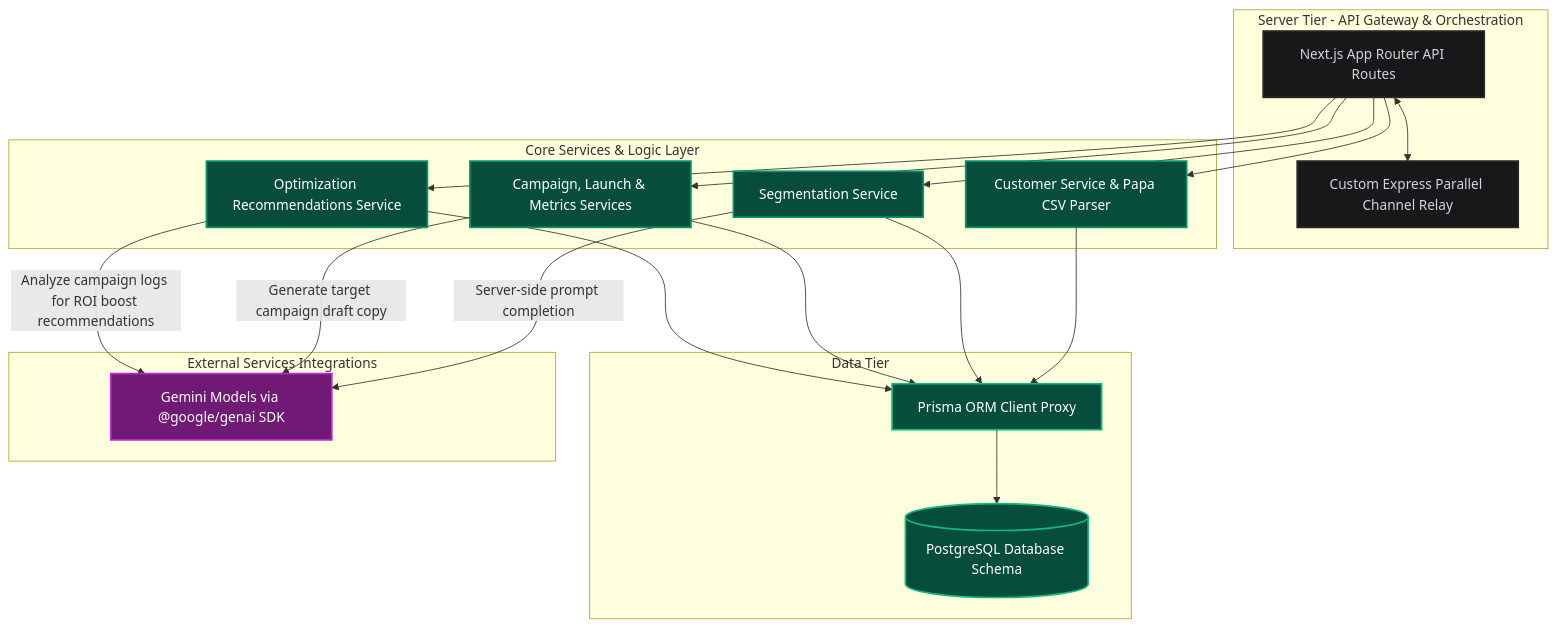
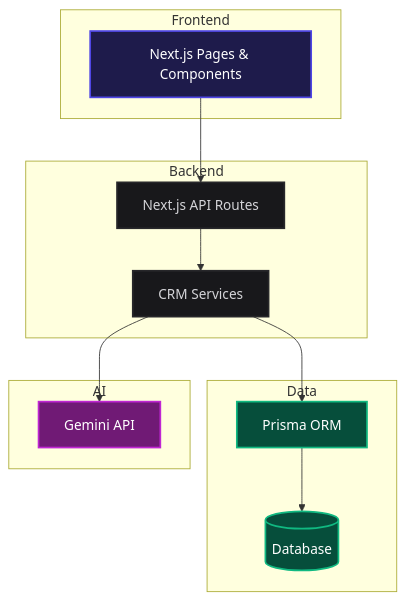
The second of 4 diagrams in README.md (CodeBy-Raj/Mini-crm), drawn with Mermaid before and after one commit. The commit also changed other lines of this file, not shown here.

First line of the commit message:
Revise README for AI-Native Mini CRM

````diff
--- a/README.md
+++ b/README.md
@@ -129,55 +102,36 @@
 ```mermaid
 graph TD
-    %% 
-    classDef client fill:#1e1b4b,stroke:#4f46e5,stroke-width:2px,color:#fff;
-    classDef server fill:#18181b,stroke:#27272a,stroke-width:2px,color:#d4d4d8;
-    classDef service fill:#064e3b,stroke:#059669,stroke-width:2px,color:#fff;
+
+    classDef frontend fill:#1e1b4b,stroke:#4f46e5,stroke-width:2px,color:#fff;
+    classDef backend fill:#18181b,stroke:#27272a,stroke-width:2px,color:#d4d4d8;
     classDef database fill:#064e3b,stroke:#10b981,stroke-width:2px,color:#fff;
-    classDef external fill:#701a75,stroke:#c026d3,stroke-width:2px,color:#fff;
+    classDef ai fill:#701a75,stroke:#c026d3,stroke-width:2px,color:#fff;
 
+    subgraph Frontend
+        UI[Next.js Pages & Components]
+    end
+    class UI frontend;
 
-    class UI,Context,ThemeSwitch client;
+    subgraph Backend
+        API[Next.js API Routes]
+        Services[CRM Services]
+    end
+    class API,Services backend;
 
-    subgraph Server_Tier [Server Tier - API Gateway & Orchestration]
-        NextServer[Next.js App Router API Routes]
-        ExpressRelay[Custom Express Parallel Channel Relay]
-        NextServer <--> ExpressRelay
+    subgraph Data
+        Prisma[Prisma ORM]
+        DB[(Database)]
     end
-    class NextServer,ExpressRelay server;
+    class Prisma,DB database;
 
-    subgraph Services_Layer [Core Services & Logic Layer]
-        CustServ[Customer Service & Papa CSV Parser]
-        SegServ[Segmentation Service]
-        CampServ[Campaign, Launch & Metrics Services]
-        OptServ[Optimization Recommendations Service]
+    subgraph AI
+        Gemini[Gemini API]
     end
-    class CustServ,SegServ,CampServ,OptServ service;
+    class Gemini ai;
 
-    subgraph Storage [Data Tier]
-        PrismaORM[Prisma ORM Client Proxy]
-        Postgres[(PostgreSQL Database Schema )]
-        PrismaORM --> Postgres
-    end
-    class PrismaORM,Postgres database;
-
-    subgraph External_Integrations [External Services Integrations]
-        GeminiSDK[Gemini Models via @google/genai SDK]
-    end
-    class GeminiSDK external;
-
-    %% Connectivity flows
-    
-    NextServer --> CustServ
-    NextServer --> SegServ
-    NextServer --> CampServ
-    NextServer --> OptServ
-
-    SegServ -->|Server-side prompt completion| GeminiSDK
-    CampServ -->|Generate target campaign draft copy| GeminiSDK
-    OptServ -->|Analyze campaign logs for ROI boost recommendations| GeminiSDK
-
-    CustServ --> PrismaORM
-    SegServ --> PrismaORM
-    CampServ --> PrismaORM
-    OptServ --> PrismaORM
+    UI --> API
+    API --> Services
+    Services --> Prisma
+    Prisma --> DB
+    Services --> Gemini
 ```
````
